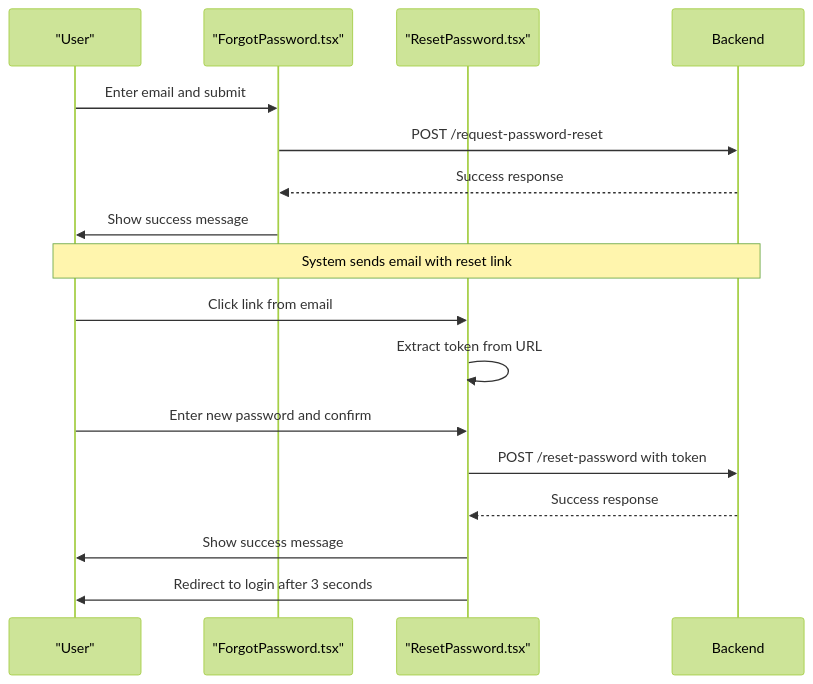
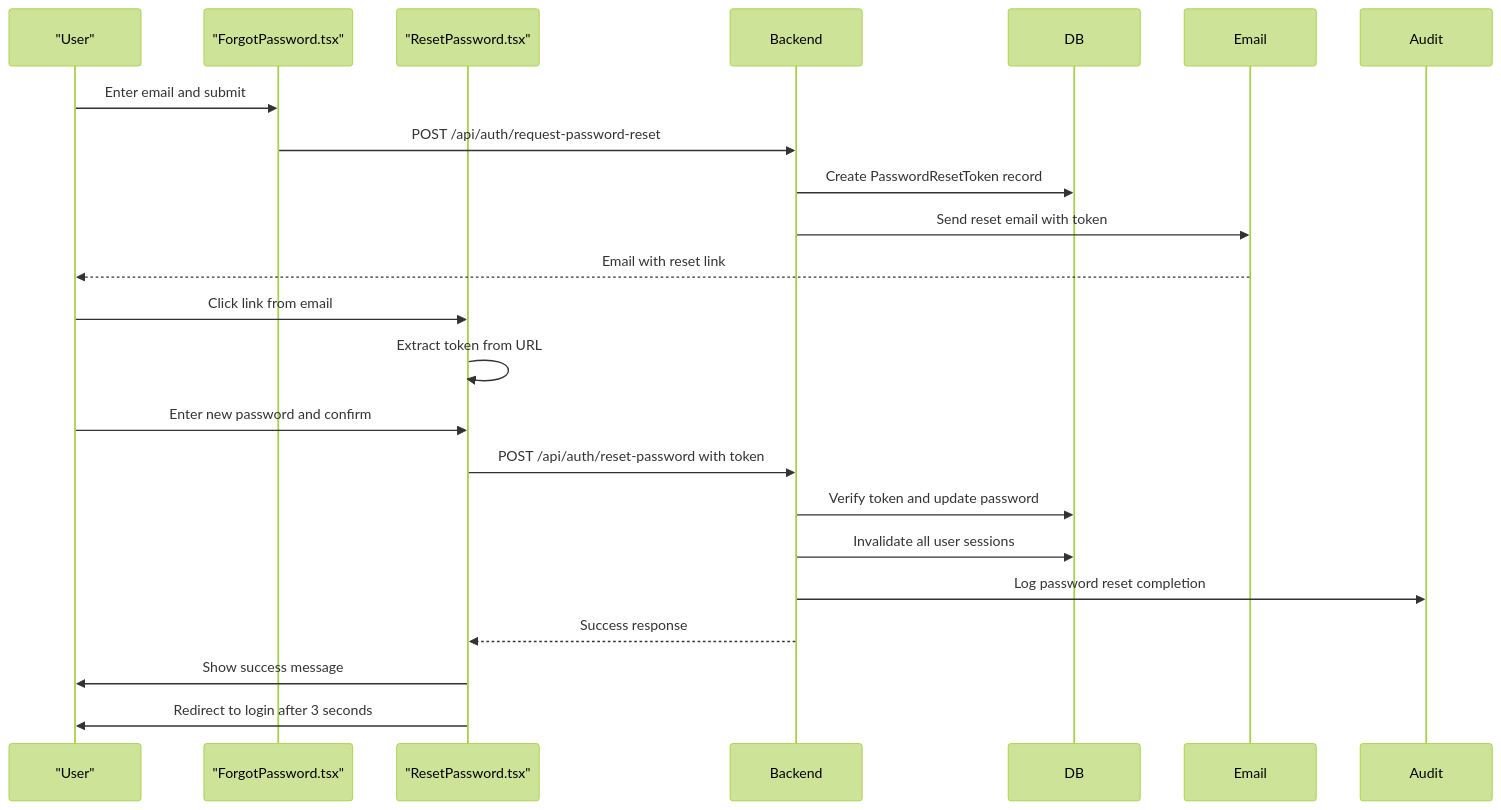
Before and after one commit to Brimstow/ThumPiks: the first of 3 diagrams in .qoder/repowiki/en/content/Authentication & User Management/Password Recovery & Reset.md, drawn with Mermaid (forest theme). The commit also changed other lines of this file and 900 other files, not shown here.

````diff
--- a/.qoder/repowiki/en/content/Authentication & User Management/Password Recovery & Reset.md
+++ b/.qoder/repowiki/en/content/Authentication & User Management/Password Recovery & Reset.md
@@ -59,18 +72,21 @@
 ```mermaid
 sequenceDiagram
 participant User as "User"
 participant FP as "ForgotPassword.tsx"
 participant RP as "ResetPassword.tsx"
 User->>FP : Enter email and submit
-FP->>Backend : POST /request-password-reset
-Backend-->>FP : Success response
-FP->>User : Show success message
-Note over User,Backend : System sends email with reset link
+FP->>Backend : POST /api/auth/request-password-reset
+Backend->>DB : Create PasswordResetToken record
+Backend->>Email : Send reset email with token
+Email-->>User : Email with reset link
 User->>RP : Click link from email
 RP->>RP : Extract token from URL
 User->>RP : Enter new password and confirm
-RP->>Backend : POST /reset-password with token
+RP->>Backend : POST /api/auth/reset-password with token
+Backend->>DB : Verify token and update password
+Backend->>DB : Invalidate all user sessions
+Backend->>Audit : Log password reset completion
 Backend-->>RP : Success response
 RP->>User : Show success message
 RP->>User : Redirect to login after 3 seconds
 ```
````
